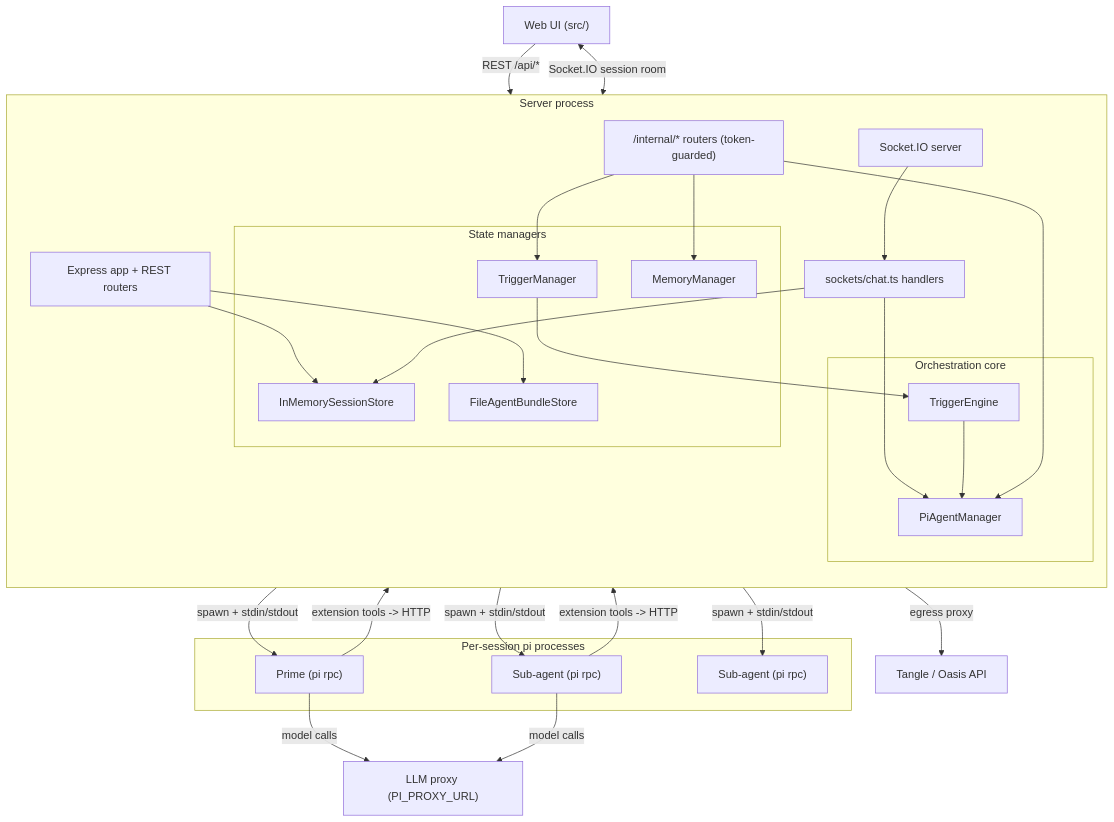
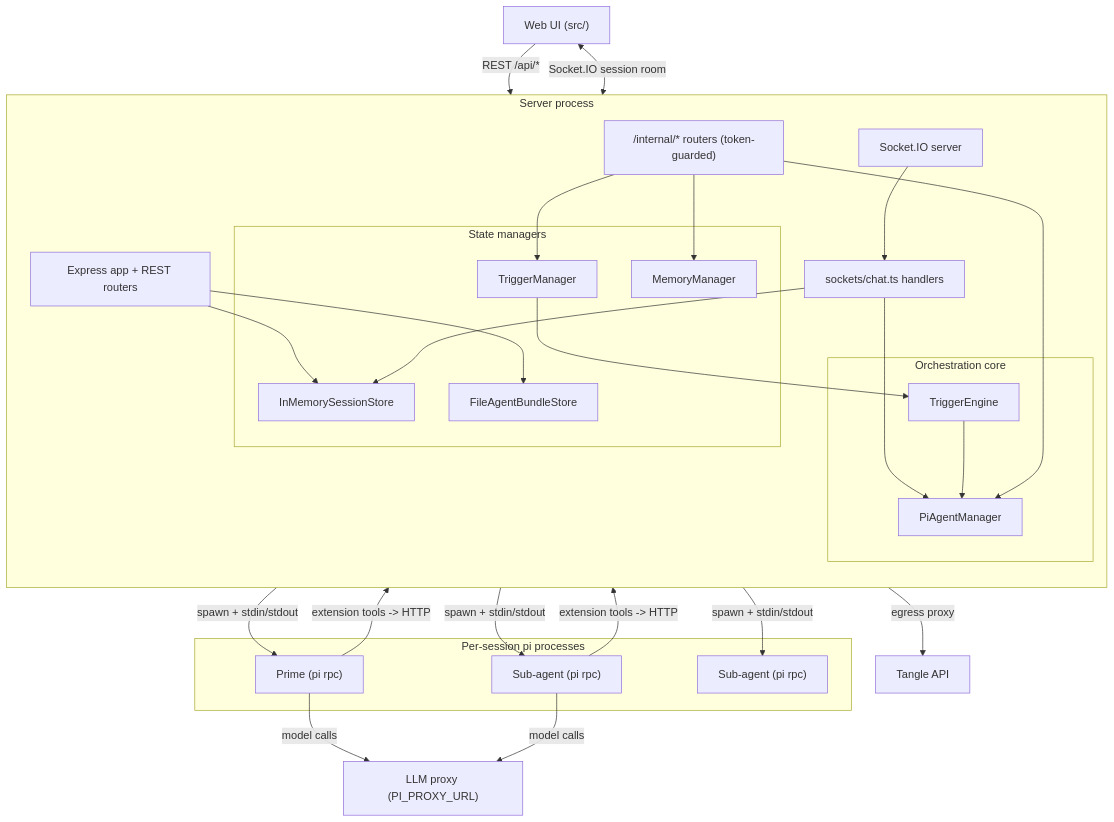
One commit to TangleML/tangent-shell changed the diagram in docs/server/index.md. Above: the diagram before and after it, drawn with Mermaid. The commit also changed other lines of this file and 31 other files, not shown here.

````diff
--- a/docs/server/index.md
+++ b/docs/server/index.md
@@ -31,54 +31,54 @@
 ```mermaid
 flowchart TB
   UI["Web UI (src/)"]
 
   subgraph server [Server process]
     direction TB
     Express["Express app + REST routers"]
     SocketIO["Socket.IO server"]
     ChatHandlers["sockets/chat.ts handlers"]
     InternalAPI["/internal/* routers (token-guarded)"]
 
     subgraph orchestration [Orchestration core]
       PiManager["PiAgentManager"]
       TriggerEngine["TriggerEngine"]
     end
 
     subgraph stateMgrs [State managers]
       SessionStore["InMemorySessionStore"]
       BundleStore["FileAgentBundleStore"]
       Memory["MemoryManager"]
       Triggers["TriggerManager"]
     end
   end
 
   subgraph agents [Per-session pi processes]
     Prime["Prime (pi rpc)"]
     Sub1["Sub-agent (pi rpc)"]
     Sub2["Sub-agent (pi rpc)"]
   end
 
   LLM["LLM proxy (PI_PROXY_URL)"]
-  Tangle["Tangle / Oasis API"]
+  Tangle["Tangle API"]
 
   UI -->|"REST /api/*"| Express
   UI <-->|"Socket.IO session room"| SocketIO
   SocketIO --> ChatHandlers
   Express --> SessionStore
   Express --> BundleStore
   ChatHandlers --> PiManager
   ChatHandlers --> SessionStore
   TriggerEngine --> PiManager
   Triggers --> TriggerEngine
   PiManager -->|spawn + stdin/stdout| Prime
   PiManager -->|spawn + stdin/stdout| Sub1
   PiManager -->|spawn + stdin/stdout| Sub2
   Prime -->|"extension tools -> HTTP"| InternalAPI
   Sub1 -->|"extension tools -> HTTP"| InternalAPI
   InternalAPI --> PiManager
   InternalAPI --> Memory
   InternalAPI --> Triggers
   Prime -->|model calls| LLM
   Sub1 -->|model calls| LLM
   InternalAPI -->|egress proxy| Tangle
 ```
````
